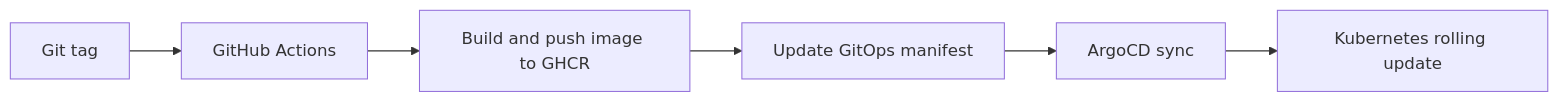
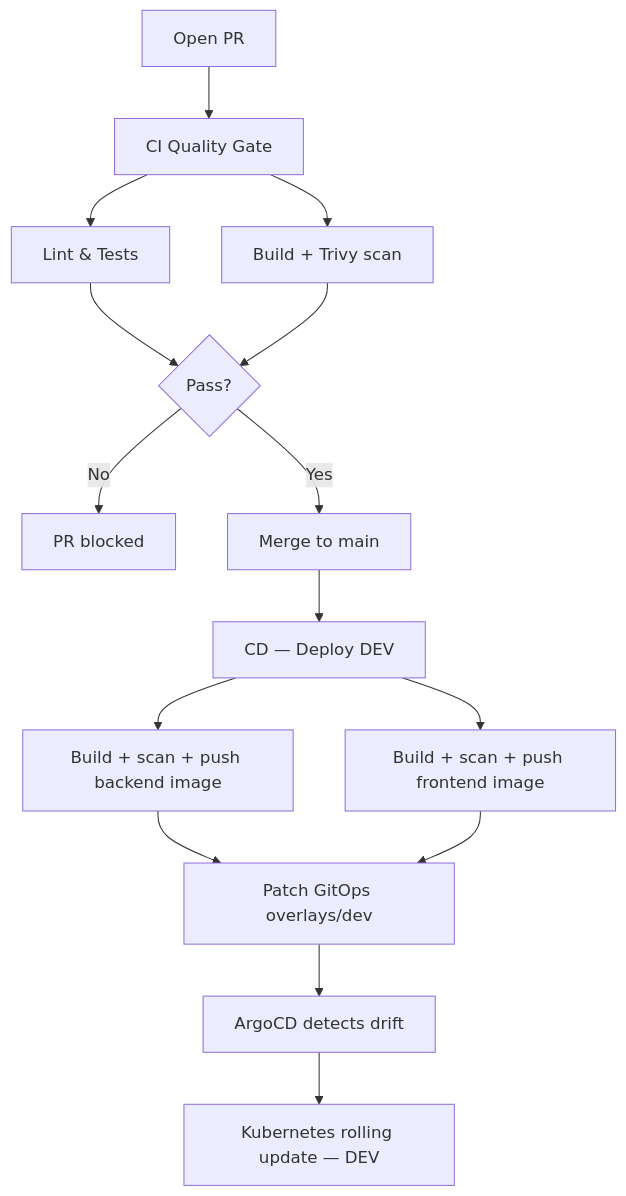
The diagram in docs/deployment-flow.md (luisrodvilladaorg/wellness-ops), drawn with Mermaid before and after one commit. The commit also changed other lines of this file and 2 other files, not shown here.

````diff
--- a/docs/deployment-flow.md
+++ b/docs/deployment-flow.md
@@ -56,8 +45,15 @@
 ```mermaid
-flowchart LR
-    A[Git tag] --> B[GitHub Actions]
-    B --> C[Build and push image to GHCR]
-    C --> D[Update GitOps manifest]
-    D --> E[ArgoCD sync]
-    E --> F[Kubernetes rolling update]
+flowchart TD
+    A[Open PR] --> B[CI Quality Gate]
+    B --> B1[Lint & Tests]
+    B --> B2[Build + Trivy scan]
+    B1 & B2 --> C{Pass?}
+    C -- No --> D[PR blocked]
+    C -- Yes --> E[Merge to main]
+    E --> F[CD — Deploy DEV]
+    F --> F1[Build + scan + push backend image]
+    F --> F2[Build + scan + push frontend image]
+    F1 & F2 --> G[Patch GitOps overlays/dev]
+    G --> H[ArgoCD detects drift]
+    H --> I[Kubernetes rolling update — DEV]
 ```
````
